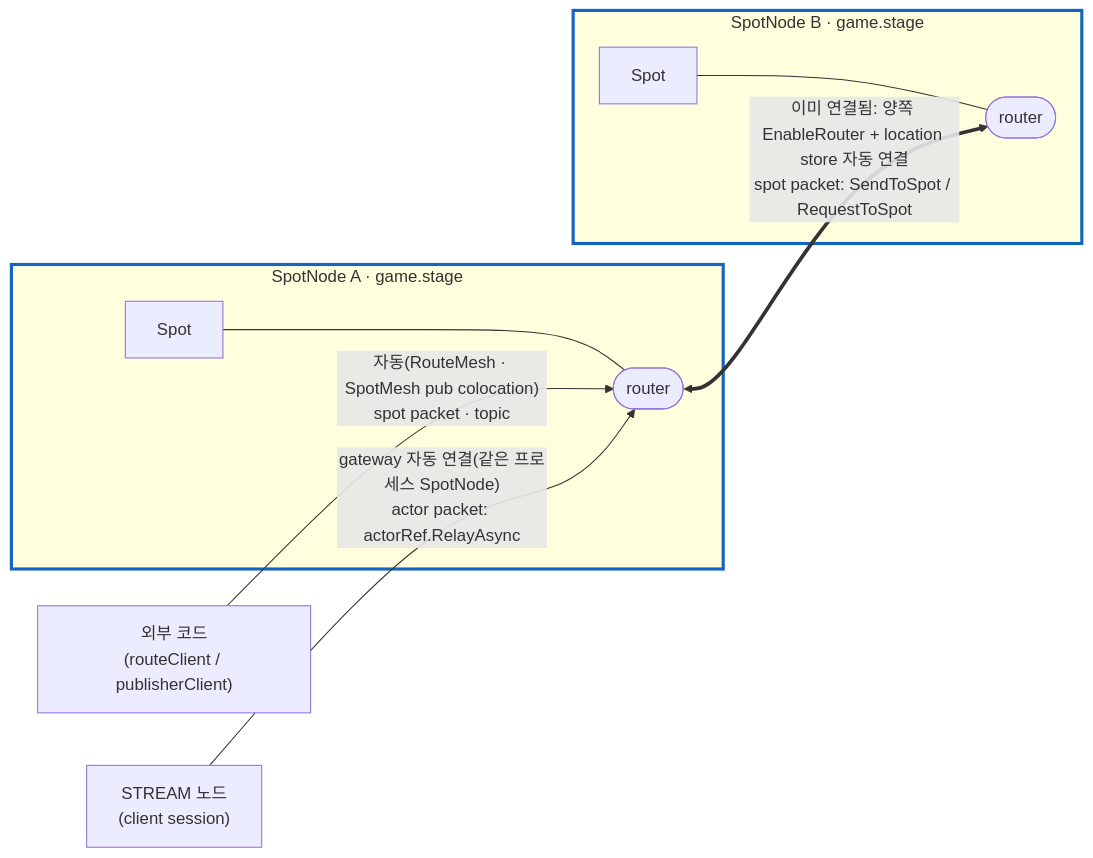
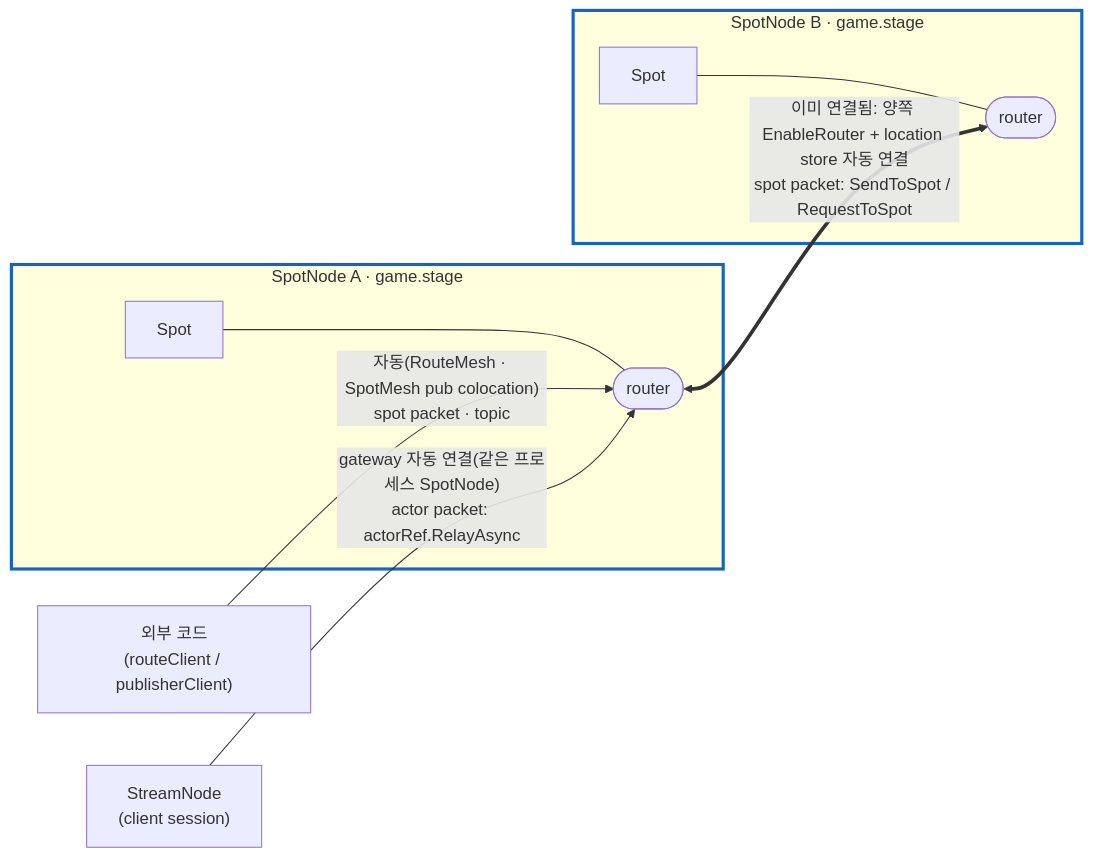
One commit to kairos-code-dev/zlink changed the seventh of 8 diagrams in framework/doc/framework/dotnet/guide/05-spot.ko.md. Above: the diagram before and after it, drawn with Mermaid. The commit also changed other lines of this file and 87 other files, not shown here.

````diff
--- a/framework/doc/framework/dotnet/guide/05-spot.ko.md
+++ b/framework/doc/framework/dotnet/guide/05-spot.ko.md
@@ -755,14 +788,14 @@
 ```mermaid
 flowchart LR
   subgraph nodeA["SpotNode A · game.stage"]
     spotA["Spot"] --- rA(["router"])
   end
   subgraph nodeB["SpotNode B · game.stage"]
     spotB["Spot"] --- rB(["router"])
   end
   rA <==>|"이미 연결됨: 양쪽 EnableRouter + location store 자동 연결<br/>spot packet: SendToSpot / RequestToSpot"| rB
   api["외부 코드<br/>(routeClient / publisherClient)"] -->|"자동(RouteMesh · SpotMesh pub colocation)<br/>spot packet · topic"| rA
-  strm["STREAM 노드<br/>(client session)"] -->|"gateway 자동 연결(같은 프로세스 SpotNode)<br/>actor packet: actorRef.RelayAsync"| rA
+  strm["StreamNode<br/>(client session)"] -->|"gateway 자동 연결(같은 프로세스 SpotNode)<br/>actor packet: actorRef.RelayAsync"| rA
   style nodeA stroke:#1565c0,stroke-width:3px
   style nodeB stroke:#1565c0,stroke-width:3px
 ```
````
